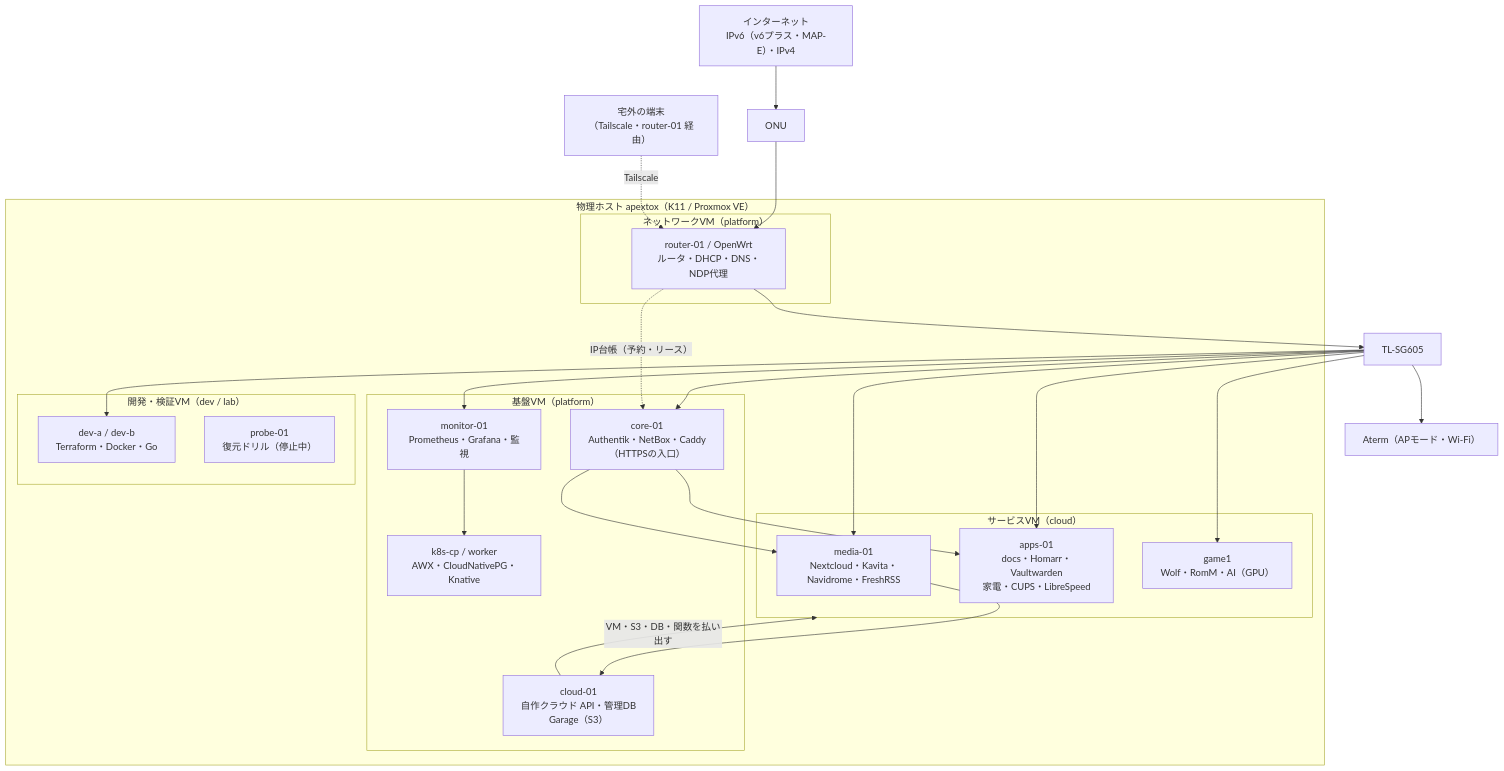
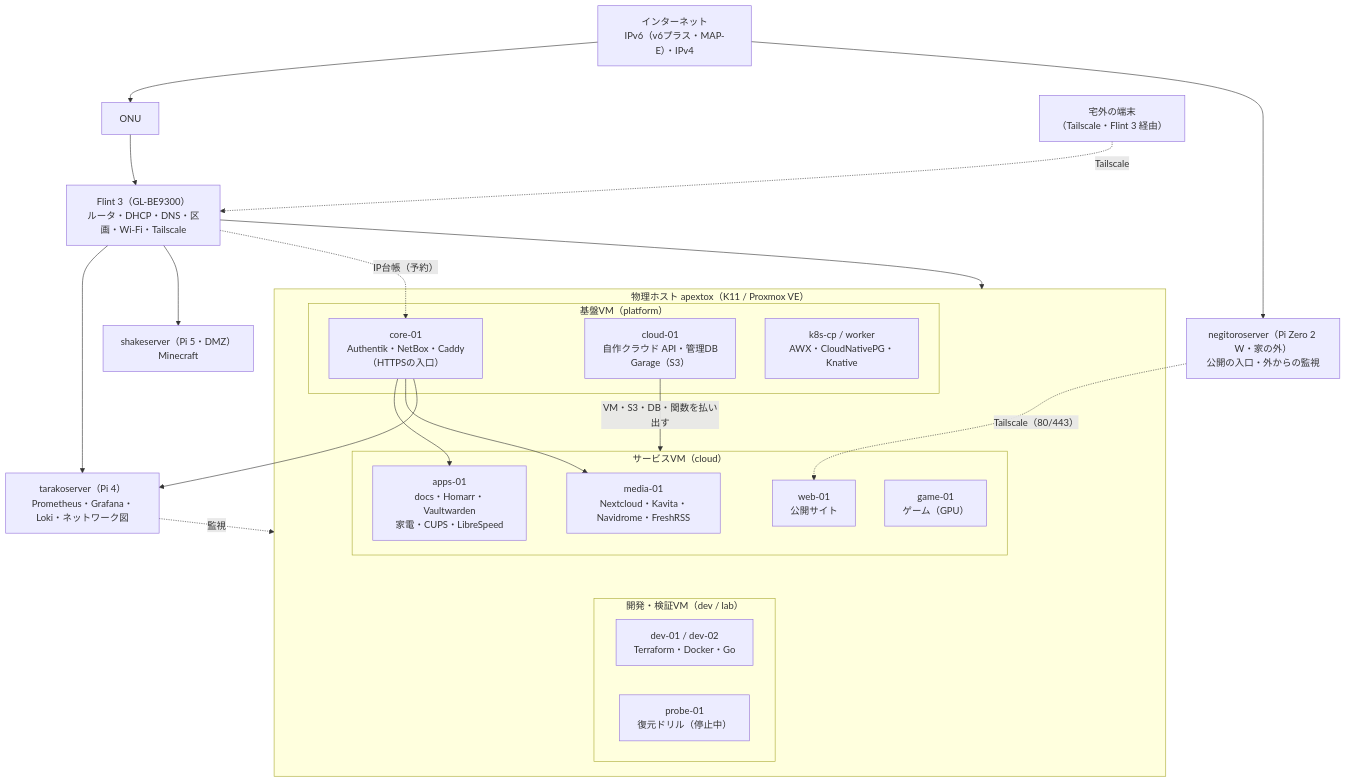
One commit to rurutheGeek/shake-cloud changed the diagram in docs/architecture/diagrams/overview.mmd. Above: the diagram before and after it, drawn with Mermaid. The commit also changed 26 other files, not shown here.

First line of the commit message:
docs: Flint 3・tarakoserver・DMZ・Loki に合わせて、運用と構成の文書と図を今の構成へ直す

```diff
--- a/docs/architecture/diagrams/overview.mmd
+++ b/docs/architecture/diagrams/overview.mmd
@@ -1,44 +1,40 @@
 flowchart TB
   internet["インターネット<br/>IPv6（v6プラス・MAP-E）・IPv4"]
   onu["ONU"]
-  remote["宅外の端末<br/>（Tailscale・router-01 経由）"]
+  remote["宅外の端末<br/>（Tailscale・Flint 3 経由）"]
+  relay["negitoroserver（Pi Zero 2 W・家の外）<br/>公開の入口・外からの監視"]
+  router["Flint 3（GL-BE9300）<br/>ルータ・DHCP・DNS・区画・Wi-Fi・Tailscale"]
 
   subgraph host["物理ホスト apextox（K11 / Proxmox VE）"]
-    subgraph netvm["ネットワークVM（platform）"]
-      router["router-01 / OpenWrt<br/>ルータ・DHCP・DNS・NDP代理"]
-    end
     subgraph infra["基盤VM（platform）"]
       core01["core-01<br/>Authentik・NetBox・Caddy（HTTPSの入口）"]
       cloud01["cloud-01<br/>自作クラウド API・管理DB<br/>Garage（S3）"]
-      monitor["monitor-01<br/>Prometheus・Grafana・監視"]
       k8s["k8s-cp / worker<br/>AWX・CloudNativePG・Knative"]
     end
     subgraph svcpool["サービスVM（cloud）"]
       media["media-01<br/>Nextcloud・Kavita・Navidrome・FreshRSS"]
       apps["apps-01<br/>docs・Homarr・Vaultwarden<br/>家電・CUPS・LibreSpeed"]
-      game["game1<br/>Wolf・RomM・AI（GPU）"]
+      web["web-01<br/>公開サイト"]
+      game["game-01<br/>ゲーム（GPU）"]
     end
     subgraph devpool["開発・検証VM（dev / lab）"]
-      dev["dev-a / dev-b<br/>Terraform・Docker・Go"]
+      dev["dev-01 / dev-02<br/>Terraform・Docker・Go"]
       probe["probe-01<br/>復元ドリル（停止中）"]
     end
   end
-  switch["TL-SG605"]
-  aterm["Aterm（APモード・Wi-Fi）"]
+  taraco["tarakoserver（Pi 4）<br/>Prometheus・Grafana・Loki・ネットワーク図"]
+  shake["shakeserver（Pi 5・DMZ）<br/>Minecraft"]
 
   internet --> onu --> router
-  router --> switch
-  switch --> aterm
-  switch --> core01
-  switch --> apps
-  switch --> media
-  switch --> monitor
-  switch --> game
-  switch --> dev
+  router --> host
+  router --> taraco
+  router --> shake
   remote -. Tailscale .-> router
+  internet --> relay
+  relay -. "Tailscale（80/443）" .-> web
   cloud01 -- "VM・S3・DB・関数を払い出す" --> svcpool
   core01 --> apps
   core01 --> media
-  media --> cloud01
-  monitor --> k8s
-  router -. "IP台帳（予約・リース）" .-> core01
+  core01 --> taraco
+  taraco -. "監視" .-> host
+  router -. "IP台帳（予約）" .-> core01
```
